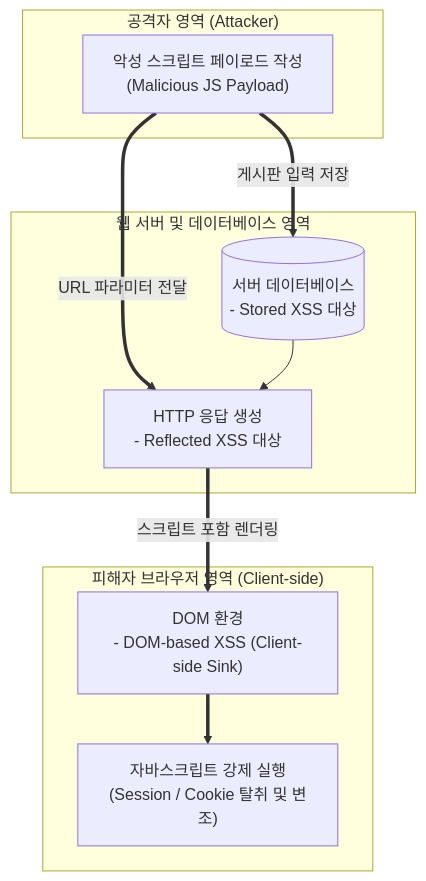
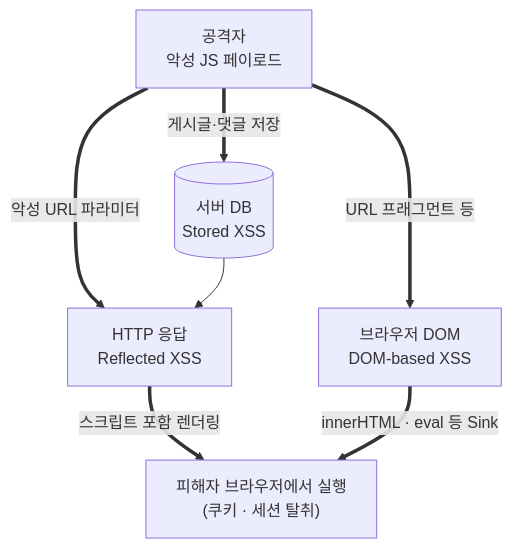
Before and after one commit to supremethumb/supremethumb.github.io: the diagram in content/01_IT Tech/XSS.md, drawn with Mermaid. The commit also changed other lines of this file and 1087 other files, not shown here.

````diff
--- a/content/01_IT Tech/XSS.md
+++ b/content/01_IT Tech/XSS.md
@@ -23,23 +35,14 @@
 ```mermaid
 flowchart TB
-    subgraph Attacker["공격자 영역 (Attacker)"]
-        PAYLOAD["악성 스크립트 페이로드 작성<br/>(Malicious JS Payload)"]
-    end
-
-    subgraph Server["웹 서버 및 데이터베이스 영역"]
-        DB[(서버 데이터베이스<br/>- Stored XSS 대상)]
-        RESP["HTTP 응답 생성<br/>- Reflected XSS 대상"]
-    end
-
-    subgraph Victim["피해자 브라우저 영역 (Client-side)"]
-        DOM["DOM 환경<br/>- DOM-based XSS (Client-side Sink)"]
-        EXEC["자바스크립트 강제 실행<br/>(Session / Cookie 탈취 및 변조)"]
-    end
-
-    PAYLOAD ==>|게시판 입력 저장| DB
-    PAYLOAD ==>|URL 파라미터 전달| RESP
+    PAYLOAD["공격자<br/>악성 JS 페이로드"]
+    DB[("서버 DB<br/>Stored XSS")]
+    RESP["HTTP 응답<br/>Reflected XSS"]
+    DOM["브라우저 DOM<br/>DOM-based XSS"]
+    EXEC["피해자 브라우저에서 실행<br/>(쿠키 · 세션 탈취)"]
+    PAYLOAD ==>|게시글·댓글 저장| DB
+    PAYLOAD ==>|악성 URL 파라미터| RESP
+    PAYLOAD ==>|URL 프래그먼트 등| DOM
     DB --> RESP
-    RESP ==>|스크립트 포함 렌더링| DOM
-    DOM ==> EXEC
-
+    RESP ==>|스크립트 포함 렌더링| EXEC
+    DOM ==>|innerHTML · eval 등 Sink| EXEC
 ```
````
